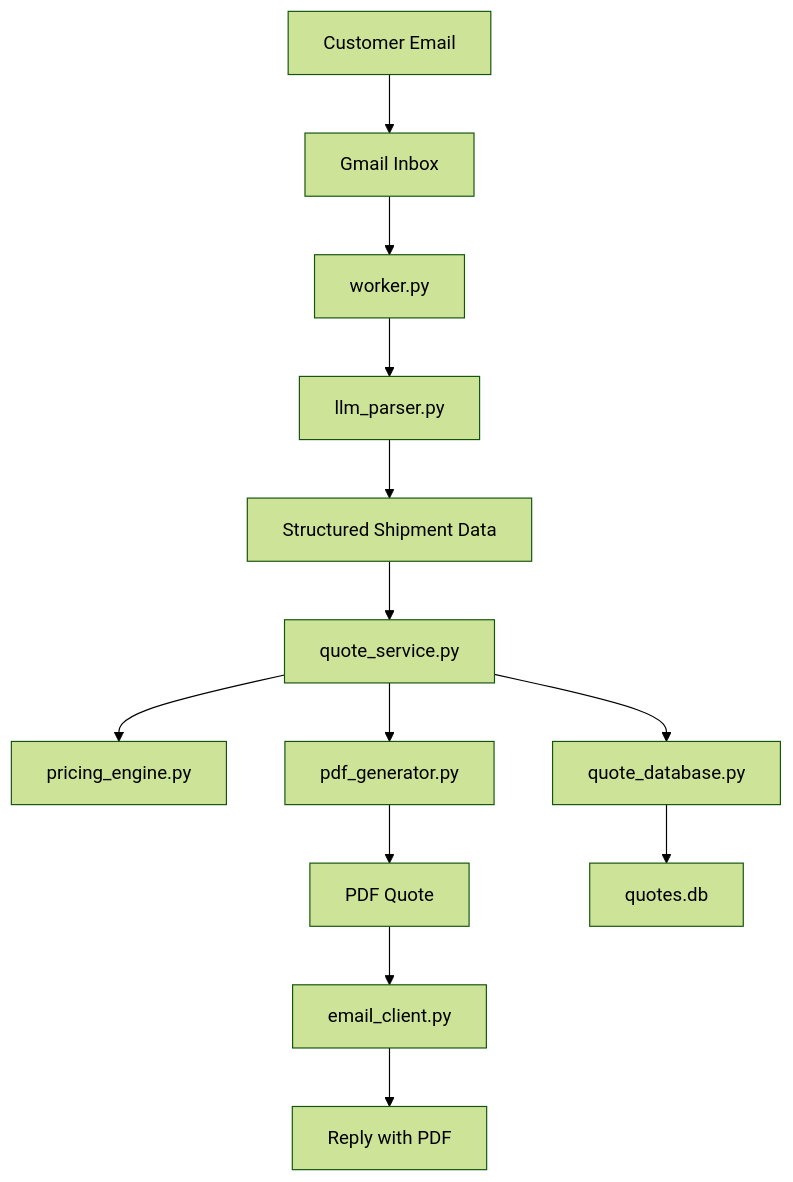
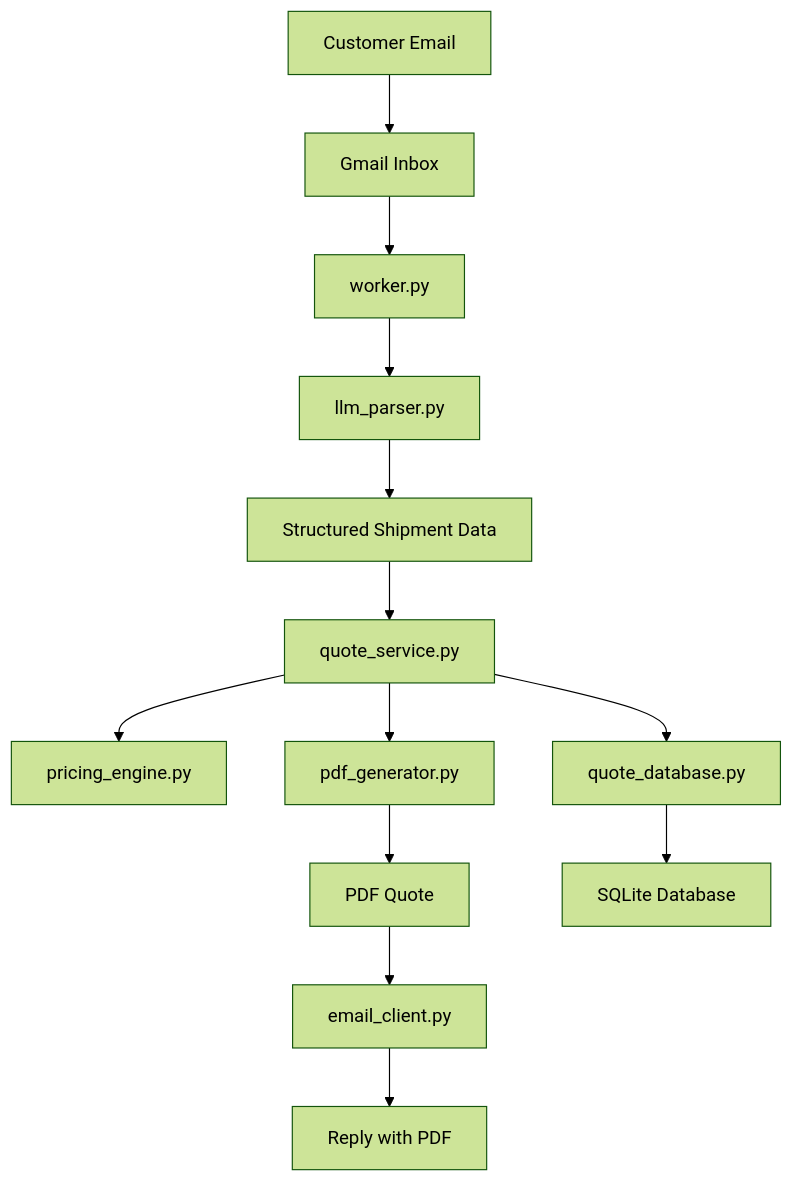
Before and after one commit to PiyushGaidhani/cargo-quote-assistant: the diagram in README.md, drawn with Mermaid (forest theme). The commit also changed other lines of this file, not shown here.

````diff
--- a/README.md
+++ b/README.md
@@ -71,15 +73,15 @@
 ```mermaid
 flowchart TD
     A[Customer Email] --> B[Gmail Inbox]
     B --> C[worker.py]
     C --> D[llm_parser.py]
     D --> E[Structured Shipment Data]
     E --> F[quote_service.py]
     F --> G[pricing_engine.py]
     F --> H[pdf_generator.py]
     F --> I[quote_database.py]
     H --> J[PDF Quote]
-    I --> K[quotes.db]
+    I --> K[SQLite Database]
     J --> L[email_client.py]
     L --> M[Reply with PDF]
 ```
````
